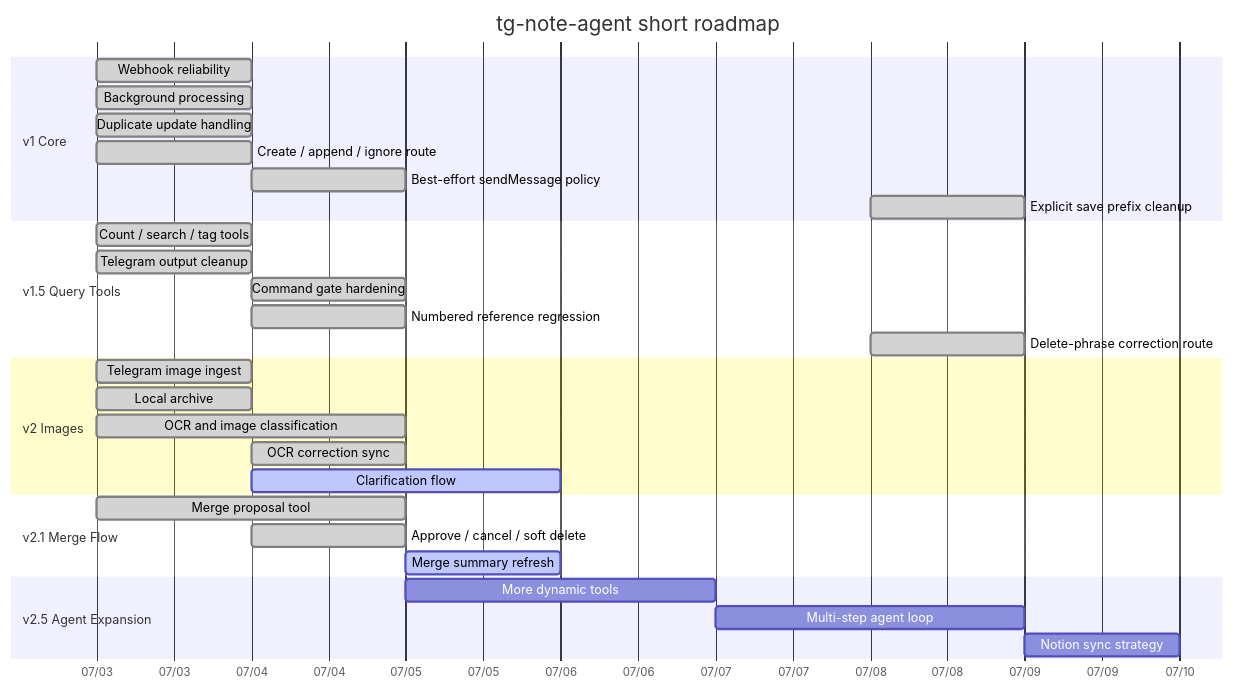
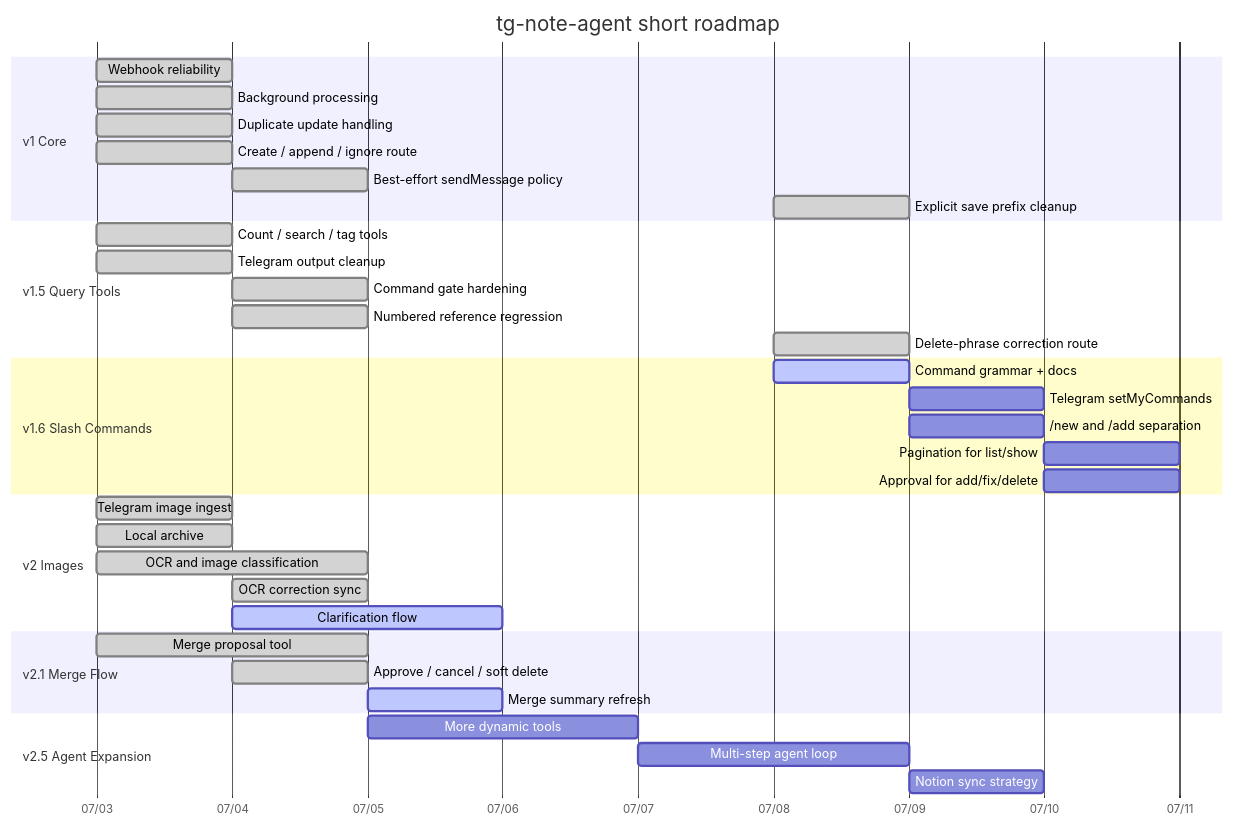
Before and after one commit to Transient-Onlooker/tg-note-agent: the diagram in docs/ROADMAP.md, drawn with Mermaid. The commit also changed other lines of this file and 7 other files, not shown here.

````diff
--- a/docs/ROADMAP.md
+++ b/docs/ROADMAP.md
@@ -33,38 +39,45 @@
 ```mermaid
 gantt
     title tg-note-agent short roadmap
     dateFormat  YYYY-MM-DD
     axisFormat  %m/%d
 
     section v1 Core
     Webhook reliability             :done, v1a, 2026-07-03, 1d
     Background processing           :done, v1b, 2026-07-03, 1d
     Duplicate update handling       :done, v1c, 2026-07-03, 1d
     Create / append / ignore route  :done, v1d, 2026-07-03, 1d
     Best-effort sendMessage policy  :done, v1e, 2026-07-04, 1d
     Explicit save prefix cleanup    :done, v1f, 2026-07-08, 1d
 
     section v1.5 Query Tools
     Count / search / tag tools      :done, v15a, 2026-07-03, 1d
     Telegram output cleanup         :done, v15b, 2026-07-03, 1d
     Command gate hardening          :done, v15c, 2026-07-04, 1d
     Numbered reference regression   :done, v15d, 2026-07-04, 1d
     Delete-phrase correction route  :done, v15e, 2026-07-08, 1d
 
+    section v1.6 Slash Commands
+    Command grammar + docs          :active, v16a, 2026-07-08, 1d
+    Telegram setMyCommands          :v16b, after v16a, 1d
+    /new and /add separation        :v16c, after v16a, 1d
+    Pagination for list/show        :v16d, after v16b, 1d
+    Approval for add/fix/delete     :v16e, after v16c, 1d
+
     section v2 Images
     Telegram image ingest           :done, v2a, 2026-07-03, 1d
     Local archive                   :done, v2b, 2026-07-03, 1d
     OCR and image classification    :done, v2c, 2026-07-03, 2d
     OCR correction sync             :done, v2d, 2026-07-04, 1d
     Clarification flow              :active, v2e, 2026-07-04, 2d
 
     section v2.1 Merge Flow
     Merge proposal tool             :done, v21a, 2026-07-03, 2d
     Approve / cancel / soft delete  :done, v21b, 2026-07-04, 1d
     Merge summary refresh           :active, v21c, 2026-07-05, 1d
 
     section v2.5 Agent Expansion
     More dynamic tools              :v25a, 2026-07-05, 2d
     Multi-step agent loop           :v25b, after v25a, 2d
     Notion sync strategy            :v25c, after v25b, 1d
 ```
````
